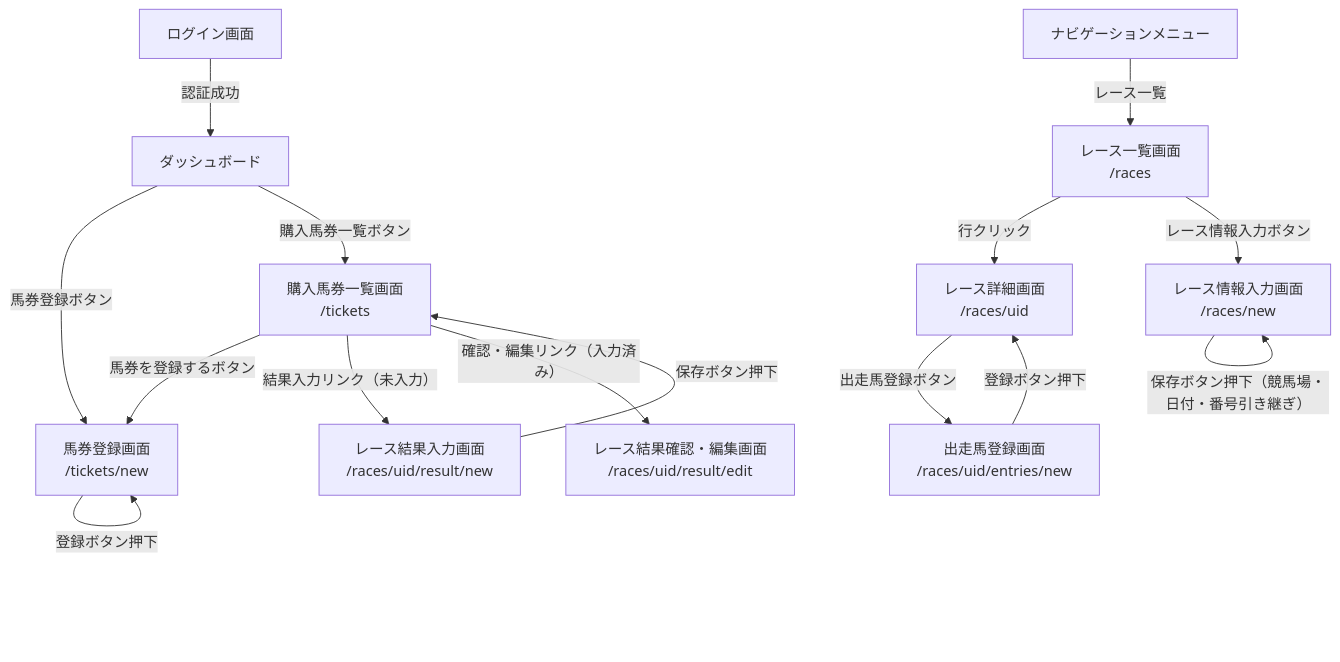
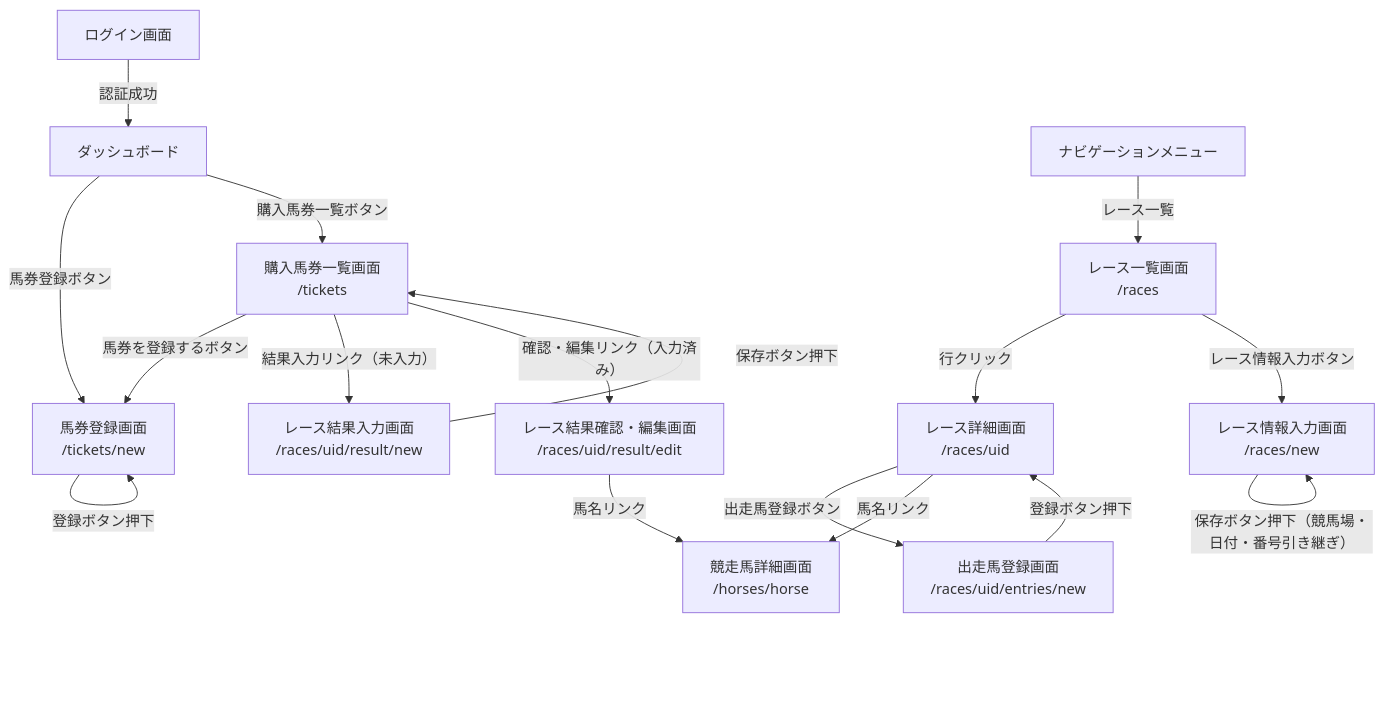
The diagram in docs/specs/screen-transition.md (nakajima97/keiba-db-gen2), drawn with Mermaid before and after one commit. The commit also changed 5 other files, not shown here.

````diff
--- a/docs/specs/screen-transition.md
+++ b/docs/specs/screen-transition.md
@@ -3,17 +3,19 @@
 ```mermaid
 flowchart TD
     Login[ログイン画面] -->|認証成功| Dashboard[ダッシュボード]
     Dashboard -->|馬券登録ボタン| TicketsNew[馬券登録画面\n/tickets/new]
     TicketsNew -->|登録ボタン押下| TicketsNew
     Dashboard -->|購入馬券一覧ボタン| TicketsIndex[購入馬券一覧画面\n/tickets]
     TicketsIndex -->|馬券を登録するボタン| TicketsNew
     TicketsIndex -->|結果入力リンク（未入力）| RaceResultNew[レース結果入力画面\n/races/uid/result/new]
     TicketsIndex -->|確認・編集リンク（入力済み）| RaceResultEdit[レース結果確認・編集画面\n/races/uid/result/edit]
     RaceResultNew -->|保存ボタン押下| TicketsIndex
     Nav[ナビゲーションメニュー] -->|レース一覧| RacesIndex[レース一覧画面\n/races]
     RacesIndex -->|行クリック| RaceDetail[レース詳細画面\n/races/uid]
     RacesIndex -->|レース情報入力ボタン| RacesNew[レース情報入力画面\n/races/new]
     RacesNew -->|保存ボタン押下（競馬場・日付・番号引き継ぎ）| RacesNew
     RaceDetail -->|出走馬登録ボタン| RaceEntriesNew[出走馬登録画面\n/races/uid/entries/new]
     RaceEntriesNew -->|登録ボタン押下| RaceDetail
+    RaceDetail -->|馬名リンク| HorseDetail[競走馬詳細画面\n/horses/horse]
+    RaceResultEdit -->|馬名リンク| HorseDetail
 ```
````
